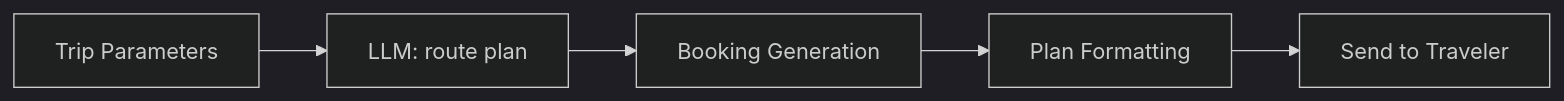
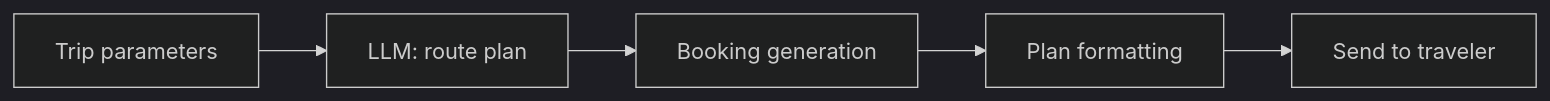
The seventh of 12 diagrams in cognitive-book/docs/junior/_workflows-examples-p2.mdx (all-mute/learn-agents), drawn with Mermaid (dark theme) before and after one commit. The commit also changed other lines of this file and 93 other files, not shown here.

````diff
--- a/cognitive-book/docs/junior/_workflows-examples-p2.mdx
+++ b/cognitive-book/docs/junior/_workflows-examples-p2.mdx
@@ -367,7 +367,7 @@
 ```mermaid
 flowchart LR
-    Preferences[Trip Parameters] --> Plan[LLM: route plan]
-    Plan --> Book[Booking Generation]
-    Book --> Itinerary[Plan Formatting]
-    Itinerary --> Send[Send to Traveler]
+    Preferences[Trip parameters] --> Plan[LLM: route plan]
+    Plan --> Book[Booking generation]
+    Book --> Itinerary[Plan formatting]
+    Itinerary --> Send[Send to traveler]
 ```
````
